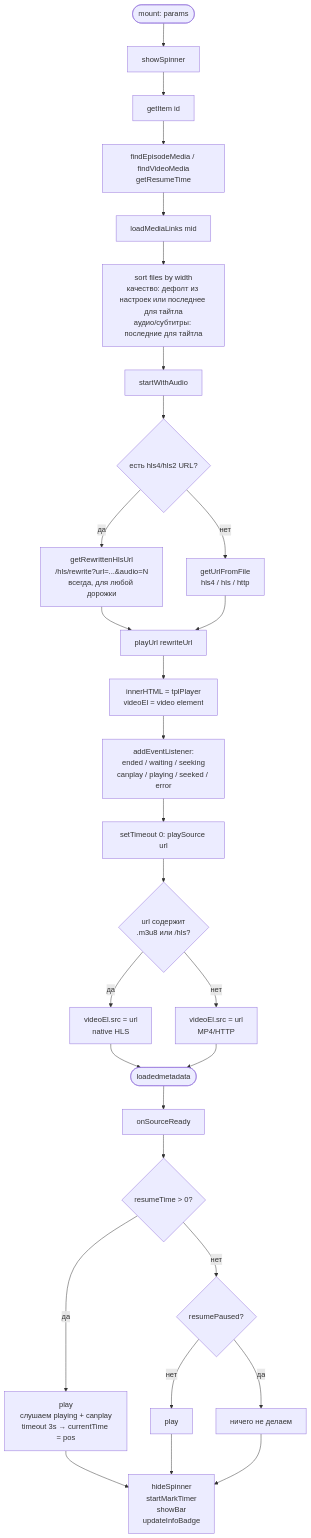
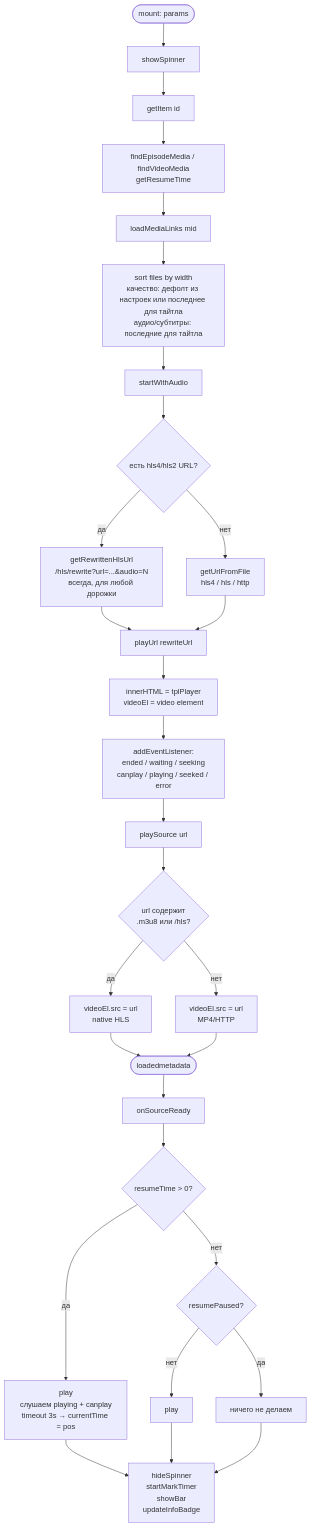
Before and after one commit to stdray/yobapub: the first of 6 diagrams in doc/player-flow.md, drawn with Mermaid.

Commit message:
docs: update player flow diagram

````diff
--- a/doc/player-flow.md
+++ b/doc/player-flow.md
@@ -5,37 +5,37 @@
 ```mermaid
 flowchart TD
     A([mount: params]) --> B[showSpinner]
     B --> C[getItem id]
     C --> D[findEpisodeMedia / findVideoMedia\ngetResumeTime]
     D --> E[loadMediaLinks mid]
     E --> F[sort files by width\nкачество: дефолт из настроек или последнее для тайтла\nаудио/субтитры: последние для тайтла]
     F --> G[startWithAudio]
 
     G --> H{есть hls4/hls2 URL?}
     H -- да --> I[getRewrittenHlsUrl\n/hls/rewrite?url=...&audio=N\nвсегда, для любой дорожки]
     H -- нет --> J[getUrlFromFile\nhls4 / hls / http]
     I --> K[playUrl rewriteUrl]
     J --> K
 
     K --> L[innerHTML = tplPlayer\nvideoEl = video element]
     L --> M[addEventListener:\nended / waiting / seeking\ncanplay / playing / seeked / error]
-    M --> N[setTimeout 0: playSource url]
+    M --> N[playSource url]
 
     N --> O{url содержит\n.m3u8 или /hls?}
     O -- да --> P[videoEl.src = url\nnative HLS]
     O -- нет --> Q[videoEl.src = url\nMP4/HTTP]
     P --> R([loadedmetadata])
     Q --> R
 
     R --> S[onSourceReady]
 
     S --> T{resumeTime > 0?}
     T -- да --> U[play\nслушаем playing + canplay\ntimeout 3s → currentTime = pos]
     T -- нет --> V{resumePaused?}
     V -- нет --> W[play]
     V -- да --> X[ничего не делаем]
 
     U --> Y[hideSpinner\nstartMarkTimer\nshowBar\nupdateInfoBadge]
     W --> Y
     X --> Y
 ```
````
